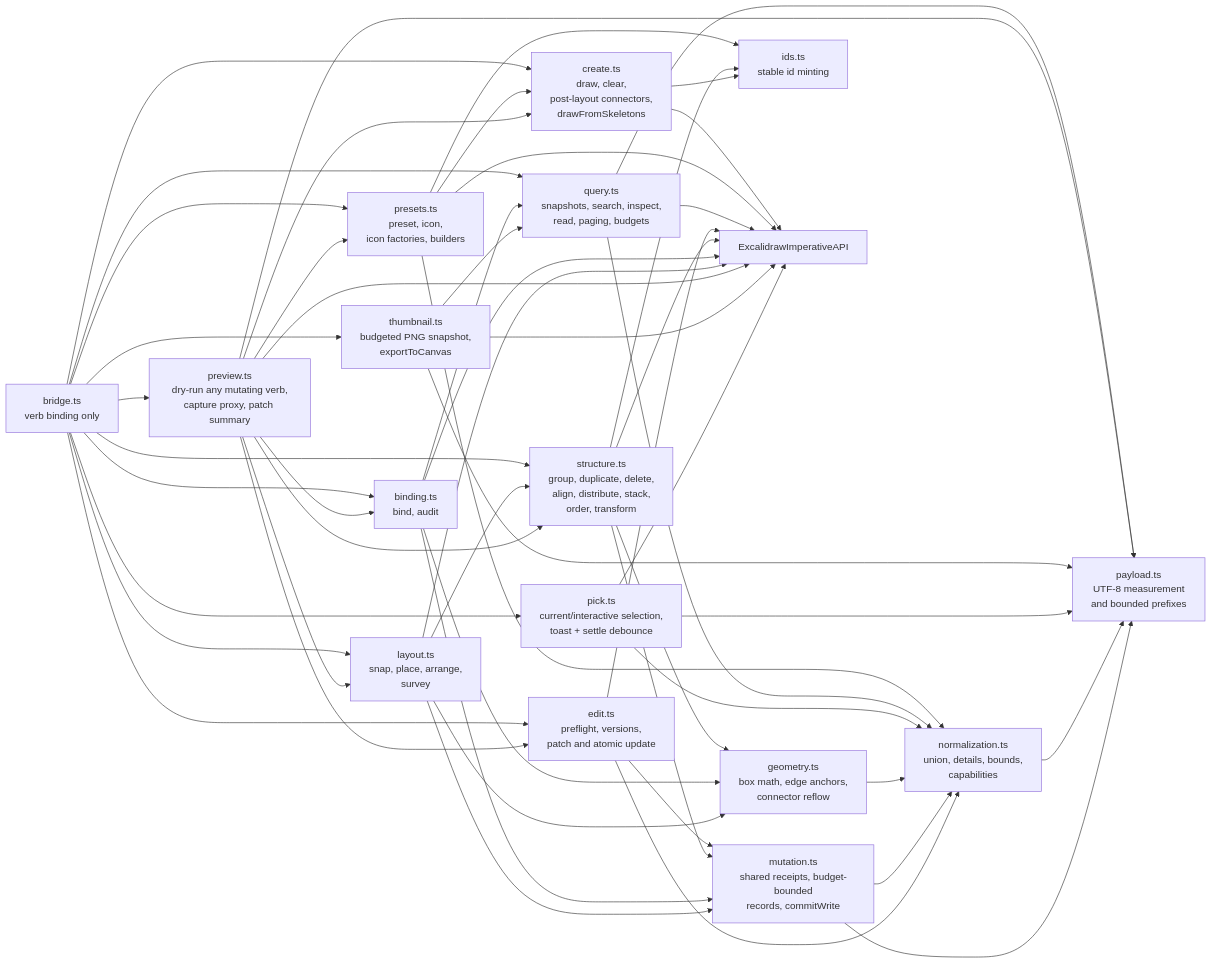
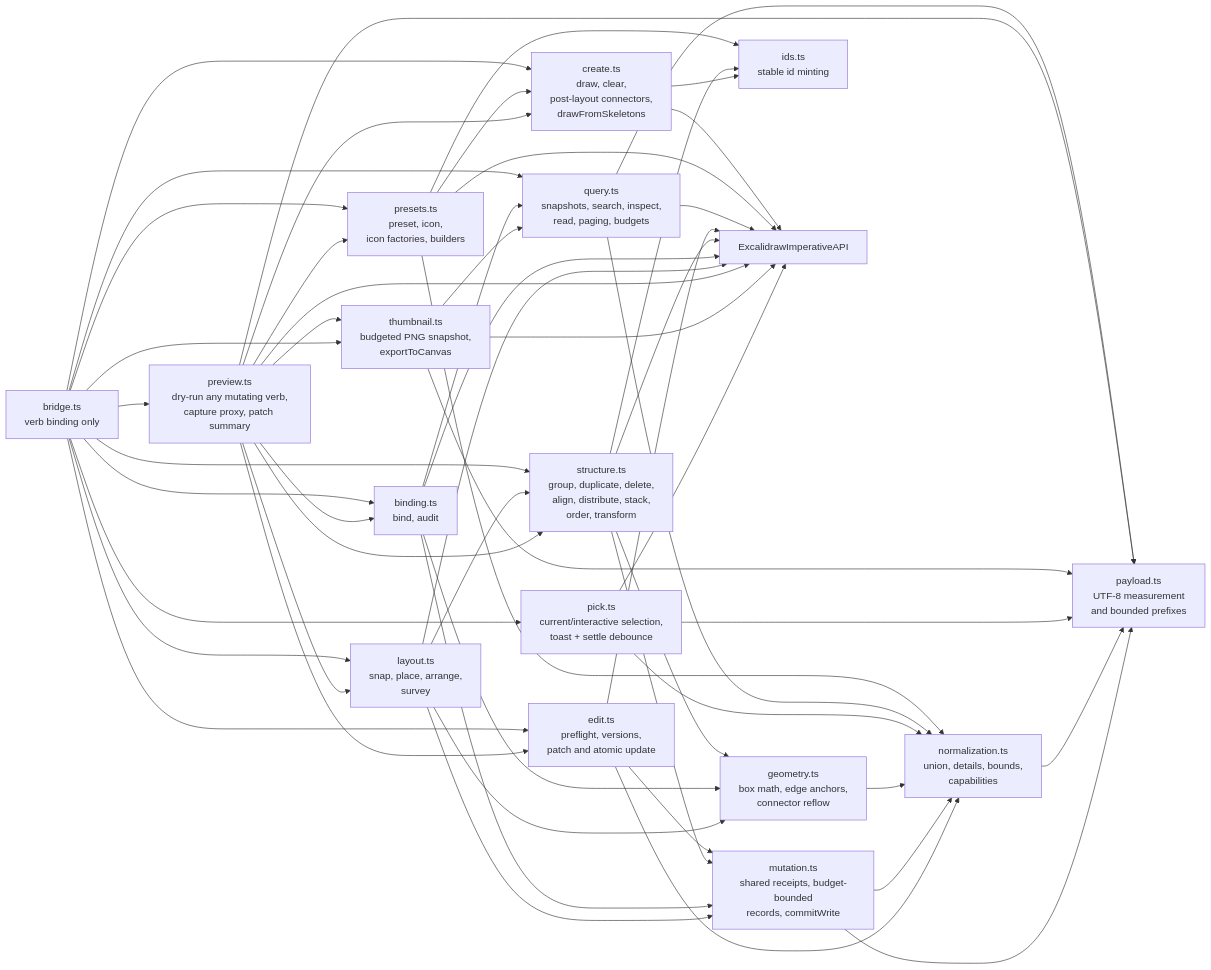
One commit to NNTin/tinytinkerer changed the ninth of 13 diagrams in docs/app-harness.md. Above: the diagram before and after it, drawn with Mermaid. The commit also changed other lines of this file and 9 other files, not shown here.

````diff
--- a/docs/app-harness.md
+++ b/docs/app-harness.md
@@ -556,63 +574,64 @@
 ```mermaid
 flowchart LR
   bridge["bridge.ts<br/>verb binding only"]
   create["create.ts<br/>draw, clear,<br/>post-layout connectors,<br/>drawFromSkeletons"]
   presets["presets.ts<br/>preset, icon,<br/>icon factories, builders"]
   query["query.ts<br/>snapshots, search, inspect,<br/>read, paging, budgets"]
   normalization["normalization.ts<br/>union, details, bounds,<br/>capabilities"]
   edit["edit.ts<br/>preflight, versions,<br/>patch and atomic update"]
   structure["structure.ts<br/>group, duplicate, delete,<br/>align, distribute, stack,<br/>order, transform"]
   binding["binding.ts<br/>bind, audit"]
   layout["layout.ts<br/>snap, place, arrange,<br/>survey"]
   preview["preview.ts<br/>dry-run any mutating verb,<br/>capture proxy, patch summary"]
   thumbnail["thumbnail.ts<br/>budgeted PNG snapshot,<br/>exportToCanvas"]
   pick["pick.ts<br/>current/interactive selection,<br/>toast + settle debounce"]
   geometry["geometry.ts<br/>box math, edge anchors,<br/>connector reflow"]
   mutation["mutation.ts<br/>shared receipts, budget-bounded<br/>records, commitWrite"]
   ids["ids.ts<br/>stable id minting"]
   payload["payload.ts<br/>UTF-8 measurement<br/>and bounded prefixes"]
   api["ExcalidrawImperativeAPI"]
 
   bridge --> create --> api
   bridge --> presets --> api
   presets --> create
   presets --> ids
   presets --> normalization
   bridge --> query --> api
   query --> normalization
   query --> payload
   bridge --> edit --> api
   edit --> mutation
   bridge --> structure --> api
   structure --> mutation
   structure --> ids
   structure --> geometry
   bridge --> binding --> api
   binding --> mutation
   binding --> query
   binding --> geometry
   bridge --> layout --> api
   layout --> structure
   layout --> mutation
   layout --> geometry
   bridge --> preview --> api
   preview --> create
   preview --> edit
   preview --> structure
   preview --> binding
   preview --> layout
   preview --> presets
   preview --> payload
+  preview --> thumbnail
   bridge --> thumbnail --> api
   thumbnail --> query
   thumbnail --> payload
   bridge --> pick --> api
   pick --> normalization
   pick --> payload
   geometry --> normalization
   create --> ids
   mutation --> normalization
   edit --> normalization
   normalization --> payload
   mutation --> payload
 ```
````
